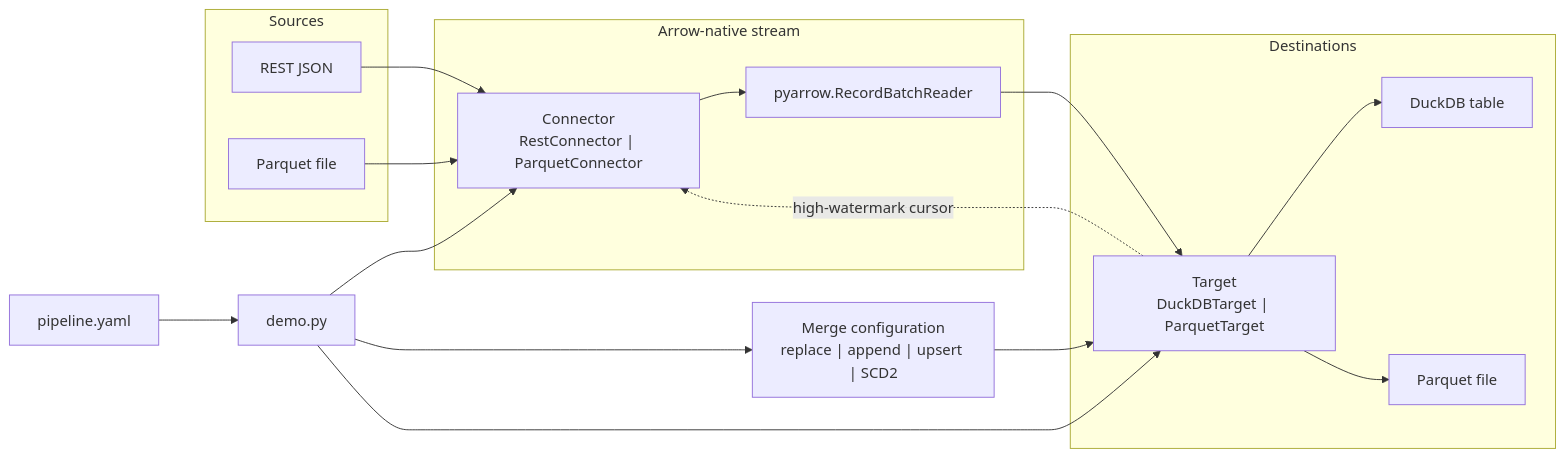
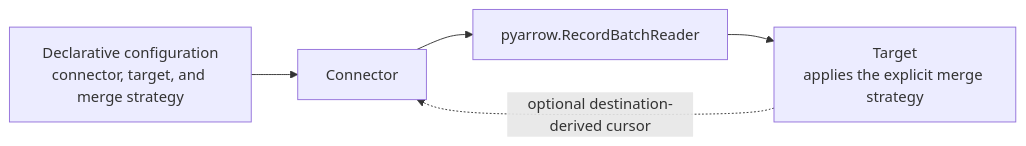
Before and after one commit to maas-vansteenbergen/arrow-ingest: the diagram in README.md, drawn with Mermaid.

Commit message:
Improved architecture diagram

````diff
--- a/README.md
+++ b/README.md
@@ -15,32 +15,12 @@
 ```mermaid
 flowchart LR
-    Config["pipeline.yaml"] --> CLI["demo.py"]
-    CLI --> Connector
-    CLI --> Merge["Merge configuration<br/>replace | append | upsert | SCD2"]
-    CLI --> Target
+    Config["Declarative configuration<br/>connector, target, and merge strategy"]
+    Connector["Connector"]
+    Stream["pyarrow.RecordBatchReader"]
+    Target["Target<br/>applies the explicit merge strategy"]
 
-    subgraph Sources
-        REST["REST JSON"]
-        ParquetSource["Parquet file"]
-    end
-
-    subgraph Arrow["Arrow-native stream"]
-        Connector["Connector<br/>RestConnector | ParquetConnector"]
-        Stream["pyarrow.RecordBatchReader"]
-    end
-
-    subgraph Destinations
-        Target["Target<br/>DuckDBTarget | ParquetTarget"]
-        DuckDB["DuckDB table"]
-        ParquetTarget["Parquet file"]
-    end
-
-    REST --> Connector
-    ParquetSource --> Connector
+    Config --> Connector
     Connector --> Stream
     Stream --> Target
-    Merge --> Target
-    Target --> DuckDB
-    Target --> ParquetTarget
-    Target -. "high-watermark cursor" .-> Connector
+    Target -. "optional destination-derived cursor" .-> Connector
 ```
````
